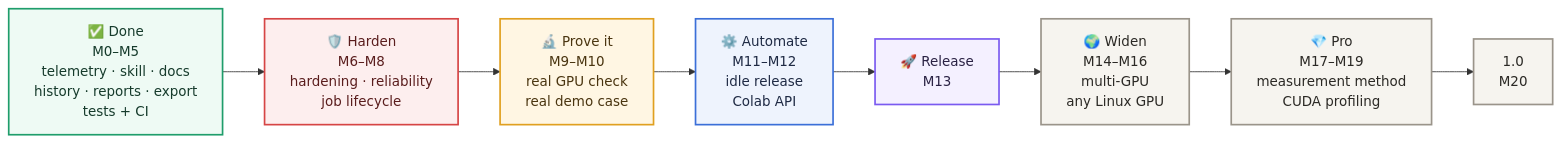
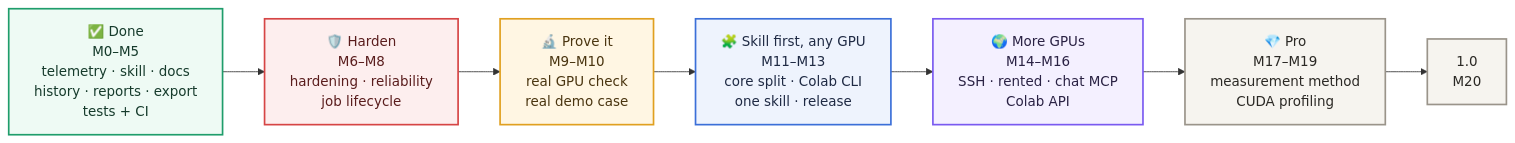
The diagram in ROADMAP.md (SergeyChere/MeetProxy), drawn with Mermaid before and after one commit. The commit also changed other lines of this file and 2 other files, not shown here.

First line of the commit message:
Design: one skill, any GPU

````diff
--- a/ROADMAP.md
+++ b/ROADMAP.md
@@ -6,25 +6,24 @@
 ```mermaid
 flowchart LR
     D["✅ Done<br/>M0–M5<br/>telemetry · skill · docs<br/>history · reports · export<br/>tests + CI"]
     F["🛡️ Harden<br/>M6–M8<br/>hardening · reliability<br/>job lifecycle"]
     P["🔬 Prove it<br/>M9–M10<br/>real GPU check<br/>real demo case"]
-    A["⚙️ Automate<br/>M11–M12<br/>idle release<br/>Colab API"]
-    R["🚀 Release<br/>M13"]
-    W["🌍 Widen<br/>M14–M16<br/>multi-GPU<br/>any Linux GPU"]
+    A["🧩 Skill first, any GPU<br/>M11–M13<br/>core split · Colab CLI<br/>one skill · release"]
+    R["🌍 More GPUs<br/>M14–M16<br/>SSH · rented · chat MCP<br/>Colab API"]
     PRO["💎 Pro<br/>M17–M19<br/>measurement method<br/>CUDA profiling"]
     V1["1.0<br/>M20"]
-    D --> F --> P --> A --> R --> W --> PRO --> V1
+    D --> F --> P --> A --> R --> PRO --> V1
 
     classDef done fill:#eefaf4,stroke:#1f9d6b,stroke-width:2px,color:#163b2c
     classDef fix fill:#fdeeee,stroke:#d64545,stroke-width:2px,color:#5a1d1d
     classDef prove fill:#fff6e3,stroke:#e0a020,stroke-width:2px,color:#4a3510
     classDef auto fill:#eef3fd,stroke:#3b6fd8,stroke-width:2px,color:#1f2a44
     classDef rel fill:#f4f0ff,stroke:#7a5af0,stroke-width:2px,color:#2a2244
     classDef later fill:#f6f4ef,stroke:#9a948a,stroke-width:2px,color:#2b2925
     class D done
     class F fix
     class P prove
     class A auto
     class R rel
-    class W,PRO,V1 later
+    class PRO,V1 later
 ```
````
